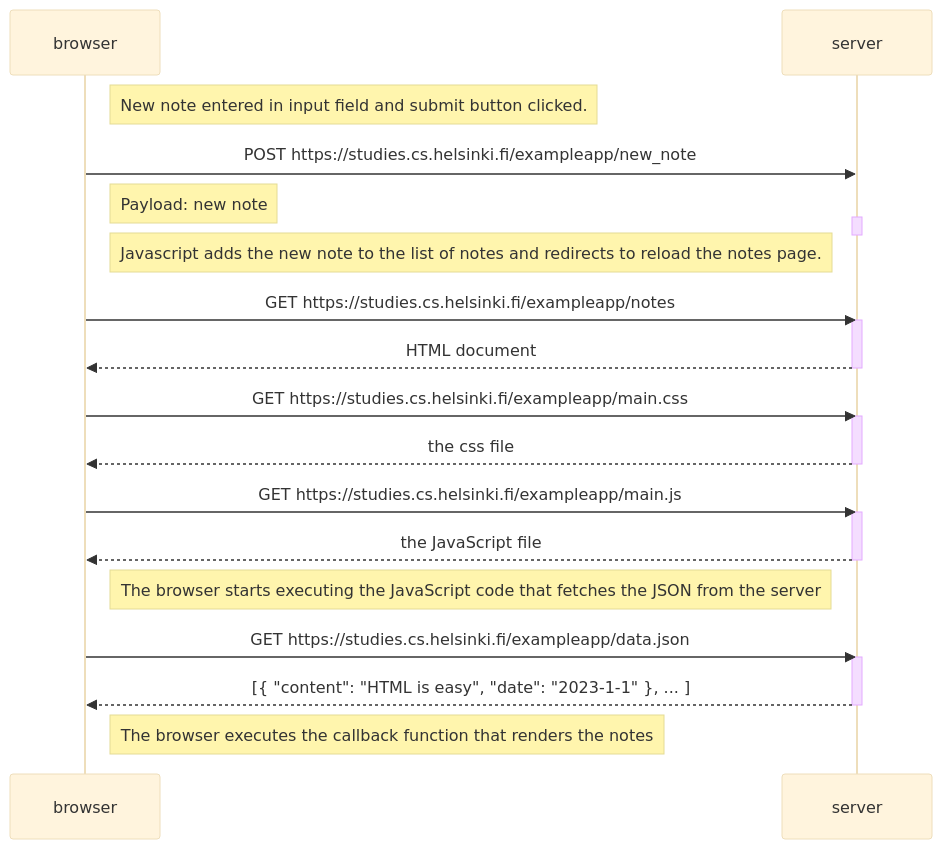
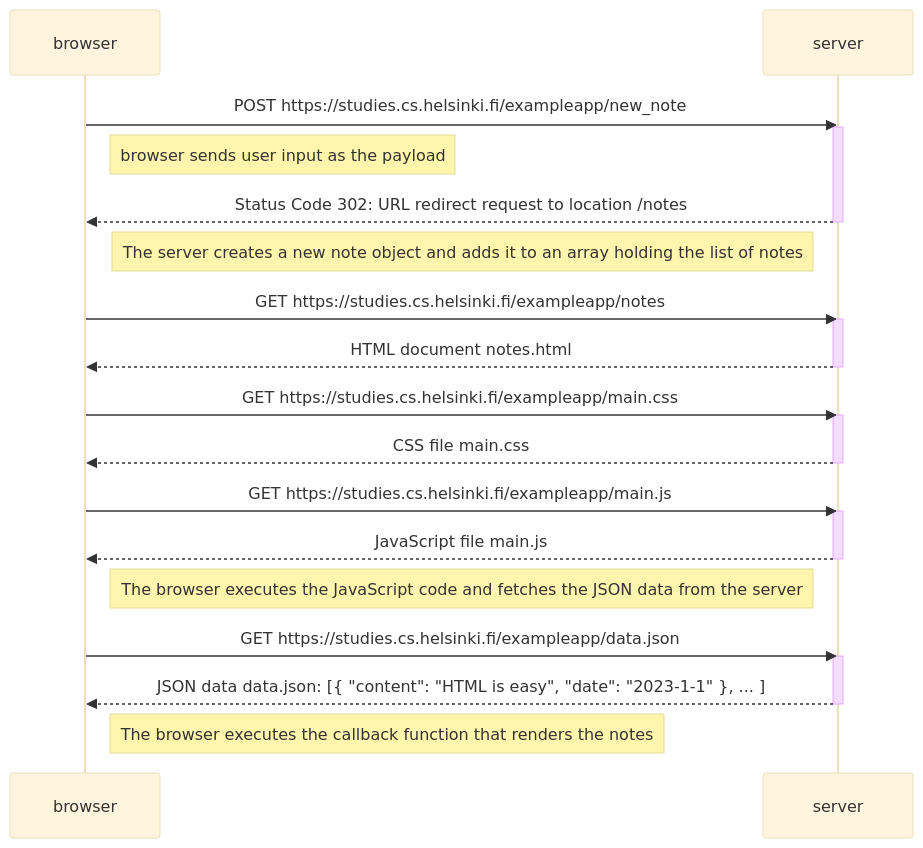
The diagram in Part0/0-4-NewNoteDiagram.md (ElektrazCode/FullStackOpen), drawn with Mermaid (base theme) before and after one commit. The commit also changed 2 other files, not shown here.

Commit message:
Revised Part0

````diff
--- a/Part0/0-4-NewNoteDiagram.md
+++ b/Part0/0-4-NewNoteDiagram.md
@@ -1,37 +1,35 @@
 ```mermaid
 sequenceDiagram
 participant browser
 participant server
 
-    Note right of browser: New note entered in input field and submit button clicked.
-
     browser->>server: POST https://studies.cs.helsinki.fi/exampleapp/new_note
-    Note right of browser: Payload: new note
     activate server
+    Note right of browser: browser sends user input as the payload
+    server-->>browser: Status Code 302: URL redirect request to location /notes
     deactivate server
-    Note left of server: Javascript adds the new note to the list of notes and redirects to reload the notes page.
-
+    Note left of server: The server creates a new note object and adds it to an array holding the list of notes
     browser->>server: GET https://studies.cs.helsinki.fi/exampleapp/notes
     activate server
-    server-->>browser: HTML document
+    server-->>browser: HTML document notes.html
     deactivate server
 
     browser->>server: GET https://studies.cs.helsinki.fi/exampleapp/main.css
     activate server
-    server-->>browser: the css file
+    server-->>browser: CSS file main.css
     deactivate server
 
     browser->>server: GET https://studies.cs.helsinki.fi/exampleapp/main.js
     activate server
-    server-->>browser: the JavaScript file
+    server-->>browser: JavaScript file main.js
     deactivate server
 
-    Note right of browser: The browser starts executing the JavaScript code that fetches the JSON from the server
+    Note right of browser: The browser executes the JavaScript code and fetches the JSON data from the server
 
     browser->>server: GET https://studies.cs.helsinki.fi/exampleapp/data.json
     activate server
-    server-->>browser: [{ "content": "HTML is easy", "date": "2023-1-1" }, ... ]
+    server-->>browser: JSON data data.json: [{ "content": "HTML is easy", "date": "2023-1-1" }, ... ]
     deactivate server
 
     Note right of browser: The browser executes the callback function that renders the notes
 ```
````
